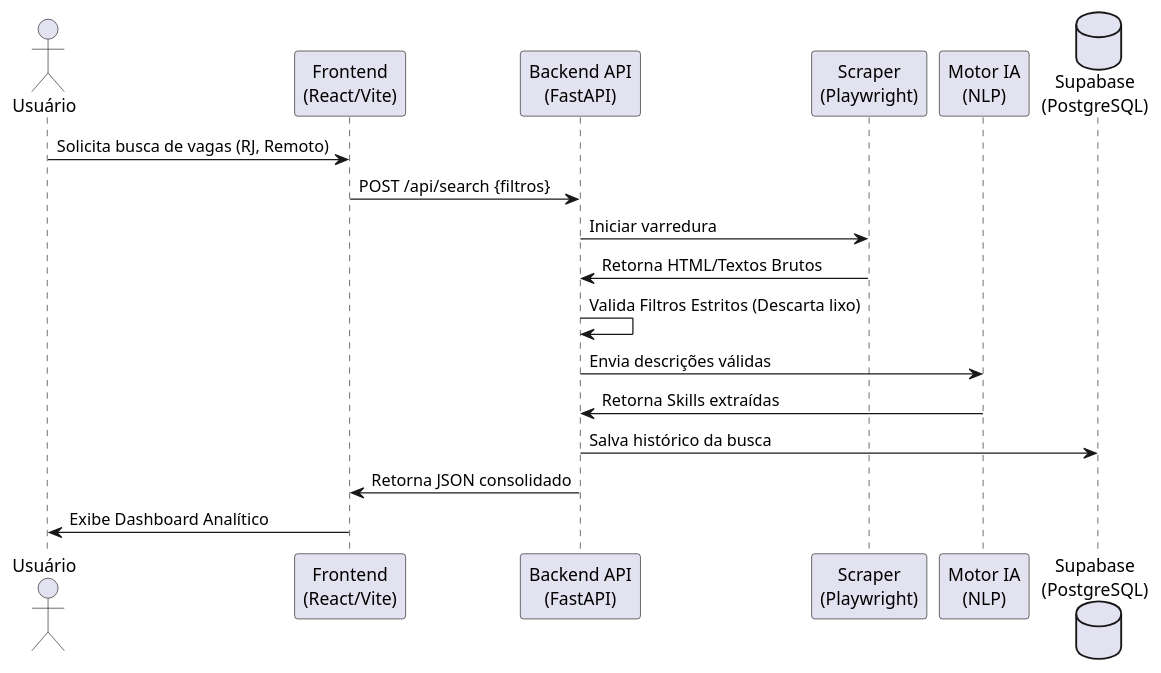
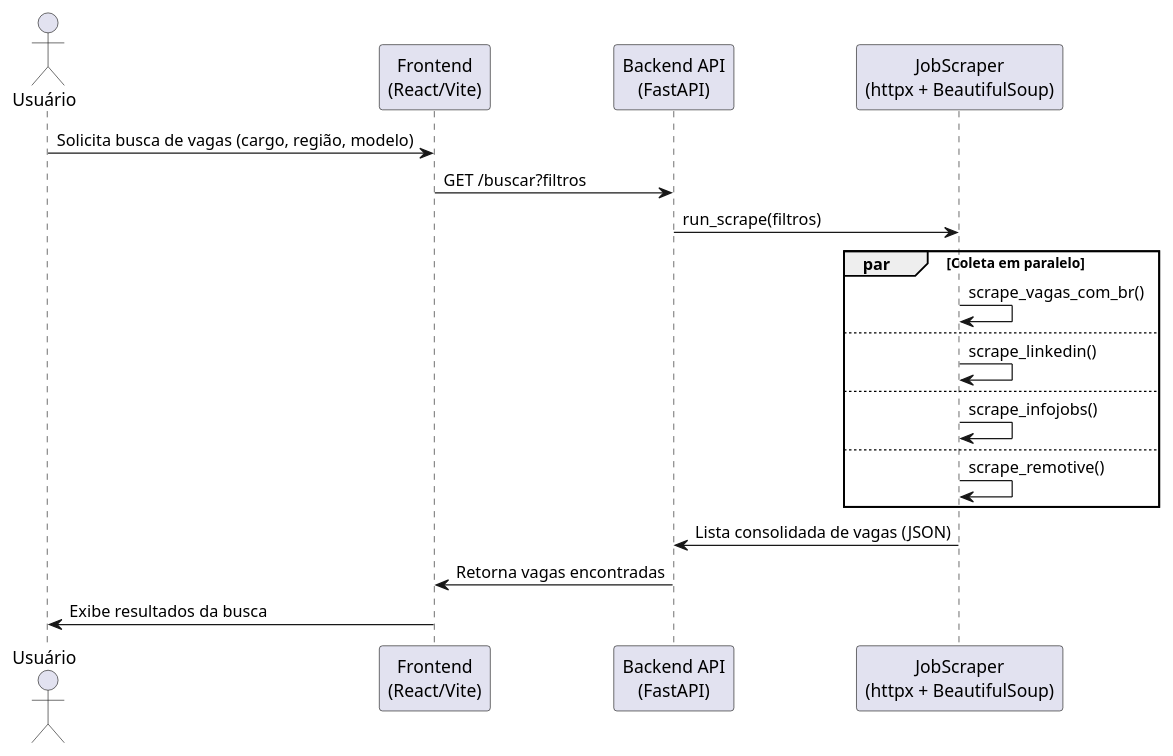
Before and after one commit to Midlab-my/Worky: the diagram in uml_diagrams/3_sequencia.wsd, drawn with PlantUML. The commit also changed 28 other files, not shown here.

```diff
--- a/uml_diagrams/3_sequencia.wsd
+++ b/uml_diagrams/3_sequencia.wsd
@@ -1,19 +1,24 @@
 @startuml
 actor Usuário
 participant "Frontend\n(React/Vite)" as Front
 participant "Backend API\n(FastAPI)" as Back
-participant "Scraper\n(Playwright)" as Scraper
-participant "Motor IA\n(NLP)" as NLP
-database "Supabase\n(PostgreSQL)" as DB
+participant "JobScraper\n(httpx + BeautifulSoup)" as Scraper
 
-Usuário -> Front : Solicita busca de vagas (RJ, Remoto)
-Front -> Back : POST /api/search {filtros}
-Back -> Scraper : Iniciar varredura
-Scraper -> Back : Retorna HTML/Textos Brutos
-Back -> Back : Valida Filtros Estritos (Descarta lixo)
-Back -> NLP : Envia descrições válidas
-NLP -> Back : Retorna Skills extraídas
-Back -> DB : Salva histórico da busca
-Back -> Front : Retorna JSON consolidado
-Front -> Usuário : Exibe Dashboard Analítico
+Usuário -> Front : Solicita busca de vagas (cargo, região, modelo)
+Front -> Back : GET /buscar?filtros
+Back -> Scraper : run_scrape(filtros)
+
+par Coleta em paralelo
+  Scraper -> Scraper : scrape_vagas_com_br()
+else
+  Scraper -> Scraper : scrape_linkedin()
+else
+  Scraper -> Scraper : scrape_infojobs()
+else
+  Scraper -> Scraper : scrape_remotive()
+end
+
+Scraper -> Back : Lista consolidada de vagas (JSON)
+Back -> Front : Retorna vagas encontradas
+Front -> Usuário : Exibe resultados da busca
 @enduml
```
